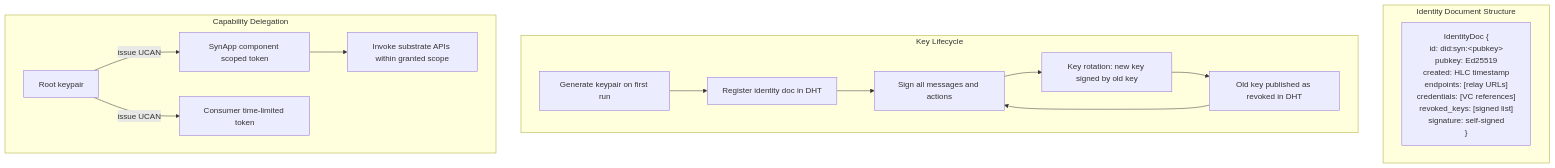
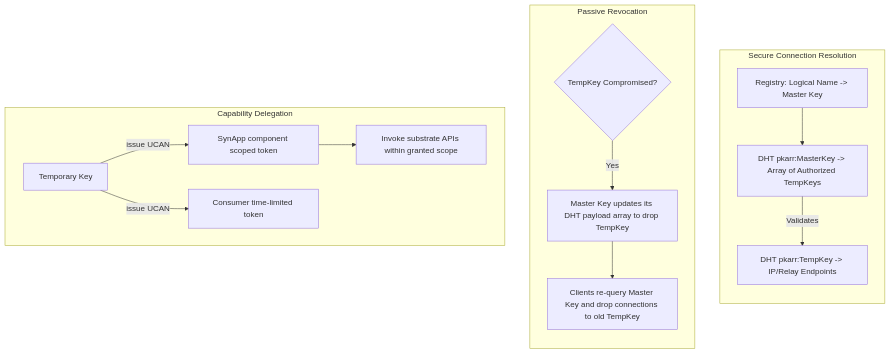
One commit to syneroym/syneroym changed the tenth of 23 diagrams in docs/system-architecture-design.md. Above: the diagram before and after it, drawn with Mermaid. The commit also changed other lines of this file and 1 other file, not shown here.

Commit message:
feat: document three-tier identity architecture with master-anchor resolution and ZK proof

````diff
--- a/docs/system-architecture-design.md
+++ b/docs/system-architecture-design.md
@@ -482,29 +542,25 @@
 ```mermaid
 flowchart TD
-    subgraph IDENTITY["Identity Document Structure"]
-        direction LR
-        ID_DOC["IdentityDoc {
-          id: did:syn:&lt;pubkey&gt;
-          pubkey: Ed25519
-          created: HLC timestamp
-          endpoints: [relay URLs]
-          credentials: [VC references]
-          revoked_keys: [signed list]
-          signature: self-signed
-        }"]
+    subgraph RESOLUTION["Secure Connection Resolution"]
+        direction TB
+        REG[Registry: Logical Name -> Master Key]
+        MAST_DHT[DHT pkarr:MasterKey -> Array of Authorized TempKeys]
+        TEMP_DHT[DHT pkarr:TempKey -> IP/Relay Endpoints]
+        
+        REG --> MAST_DHT
+        MAST_DHT -->|Validates| TEMP_DHT
     end
 
-    subgraph LIFECYCLE["Key Lifecycle"]
-        GEN[Generate keypair on first run] --> REG[Register identity doc in DHT]
-        REG --> USE[Sign all messages and actions]
-        USE --> ROT[Key rotation: new key signed by old key]
-        ROT --> REV[Old key published as revoked in DHT]
-        REV --> USE
+    subgraph REVOCATION["Passive Revocation"]
+        direction TB
+        COMP{TempKey Compromised?}
+        COMP -->|Yes| UPD[Master Key updates its DHT payload array to drop TempKey]
+        UPD --> FAIL[Clients re-query Master Key and drop connections to old TempKey]
     end
 
     subgraph DELEGATION["Capability Delegation"]
-        ROOT[Root keypair] -->|"issue UCAN"| APP[SynApp component scoped token]
+        ROOT[Temporary Key] -->|"issue UCAN"| APP[SynApp component scoped token]
         ROOT -->|"issue UCAN"| CONSUMER_TOK[Consumer time-limited token]
         APP --> INVOKE[Invoke substrate APIs within granted scope]
     end
 ```
````
